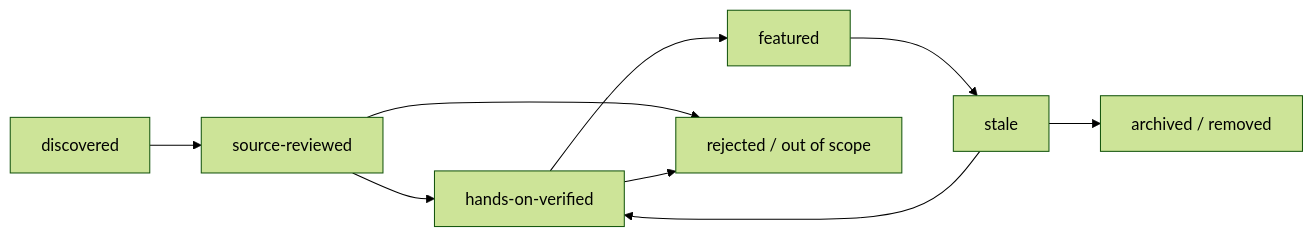
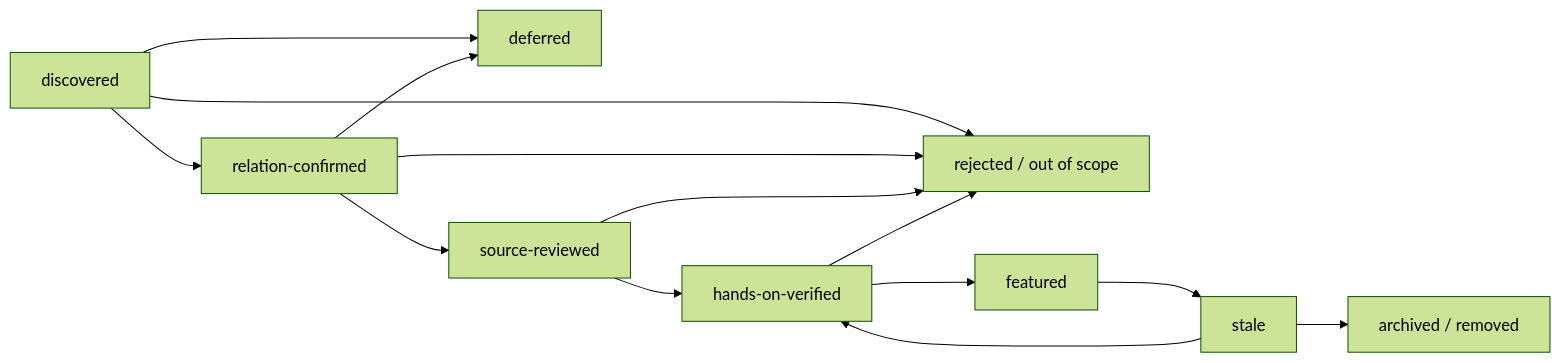
The diagram in docs/research/methodology.md (aaron-he-zhu/awesome-pi-agent-practices), drawn with Mermaid (forest theme) before and after one commit. The commit also changed other lines of this file and 22 other files, not shown here.

````diff
--- a/docs/research/methodology.md
+++ b/docs/research/methodology.md
@@ -100,11 +112,16 @@
 ```mermaid
 flowchart LR
-  Found["discovered"] --> Reviewed["source-reviewed"]
+  Found["discovered"] --> Related["relation-confirmed"]
+  Found --> Deferred["deferred"]
+  Found --> Rejected["rejected / out of scope"]
+  Related --> Reviewed["source-reviewed"]
+  Related --> Deferred
+  Related --> Rejected
   Reviewed --> Trial["hands-on-verified"]
   Trial --> Featured["featured"]
-  Reviewed --> Rejected["rejected / out of scope"]
+  Reviewed --> Rejected
   Trial --> Rejected
   Featured --> Stale["stale"]
   Stale --> Trial
   Stale --> Removed["archived / removed"]
 ```
````
